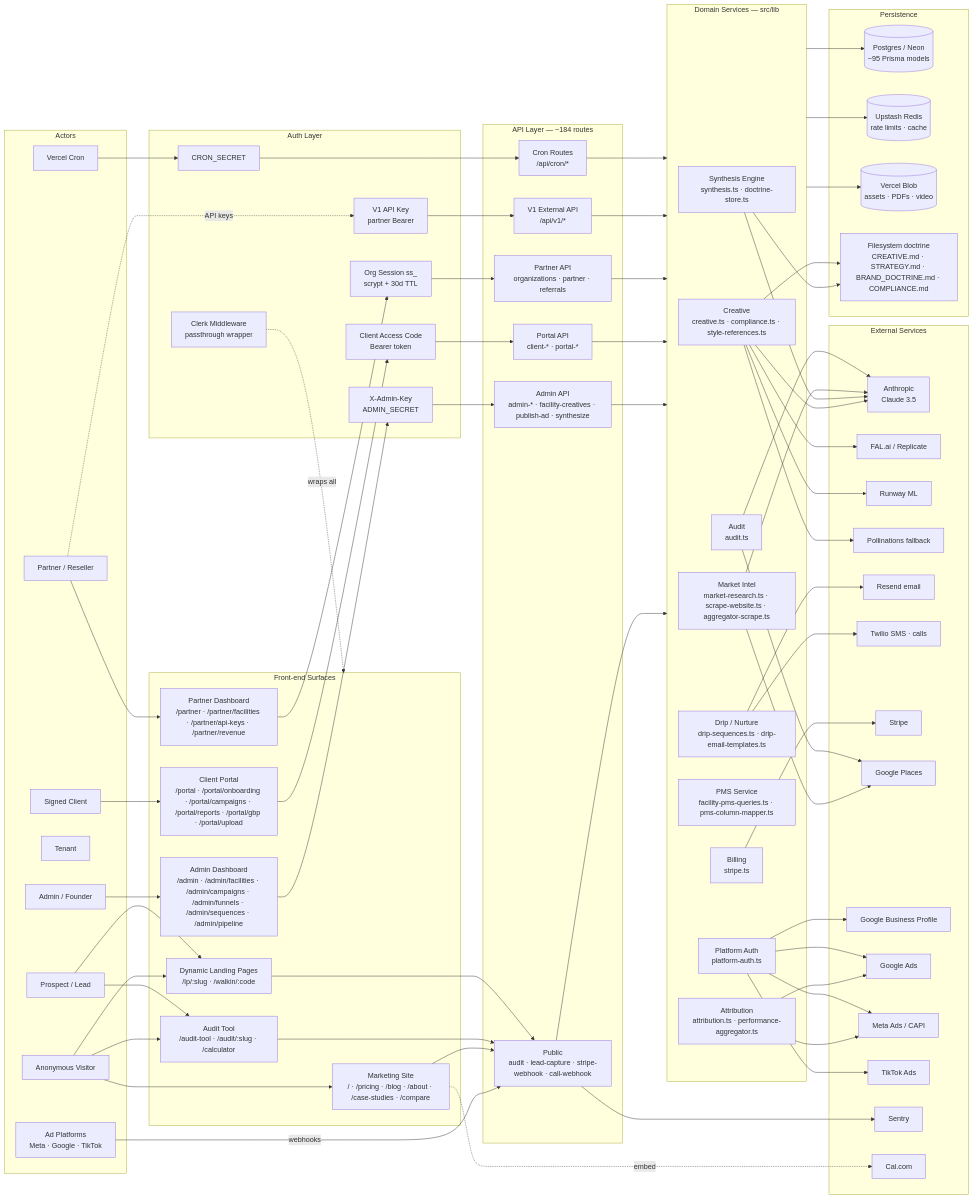
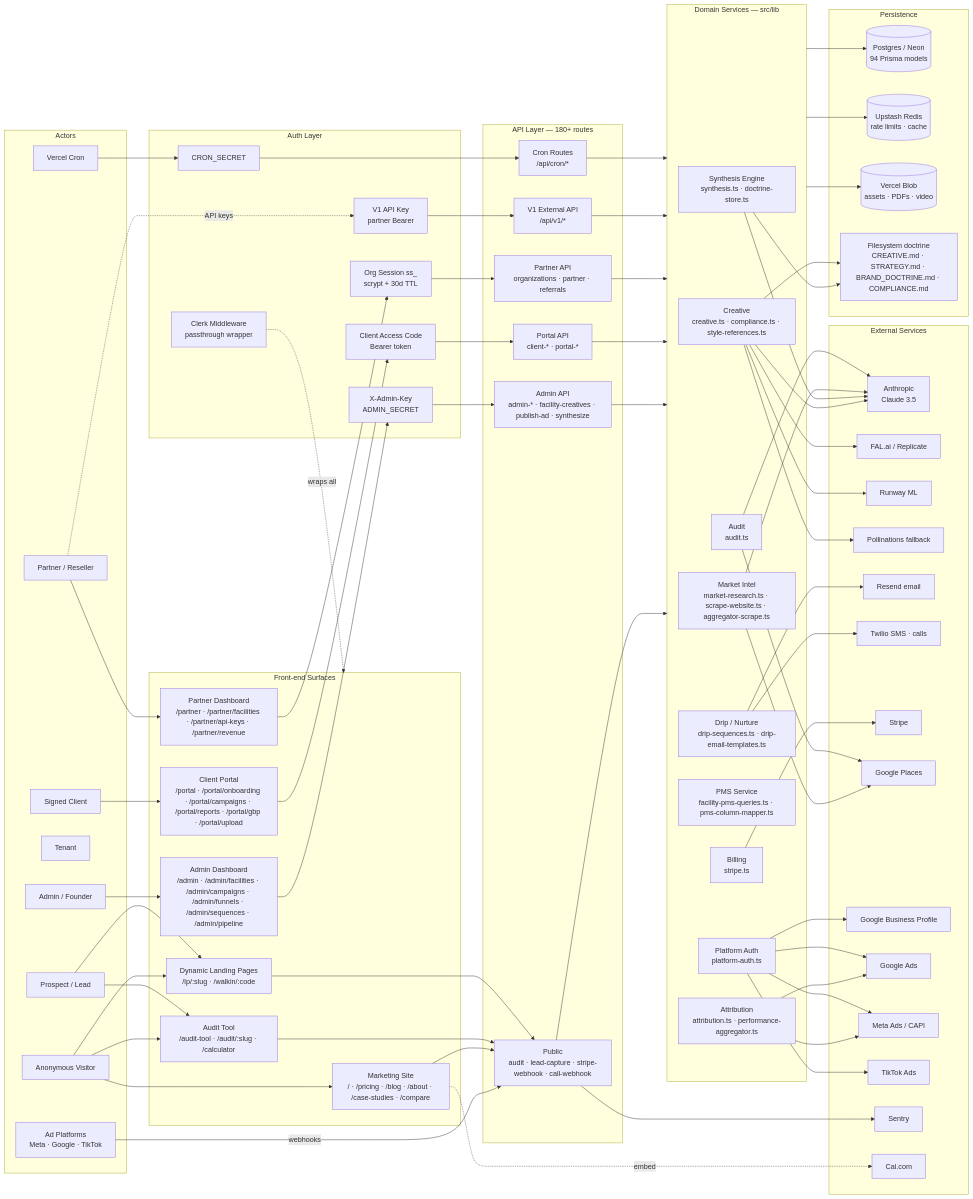
The first of 11 diagrams in docs/ARCHITECTURE_MAP.md (conceptsdeveloped/stowstack-next), drawn with Mermaid before and after one commit. The commit also changed other lines of this file and 4 other files, not shown here.

First line of the commit message:
docs(architecture): fix counts + complete the cron schedule

```diff
--- a/docs/ARCHITECTURE_MAP.md
+++ b/docs/ARCHITECTURE_MAP.md
@@ -53,7 +53,7 @@
   end
 
   %% ── API layer ──
-  subgraph api[API Layer — ~184 routes]
+  subgraph api[API Layer — 180+ routes]
     pubAPI[Public<br/>audit · lead-capture · stripe-webhook · call-webhook]
     adminAPI[Admin API<br/>admin-* · facility-creatives · publish-ad · synthesize]
     portalAPI[Portal API<br/>client-* · portal-*]
@@ -77,7 +77,7 @@
 
   %% ── Persistence ──
   subgraph data[Persistence]
-    db[(Postgres / Neon<br/>~95 Prisma models)]
+    db[(Postgres / Neon<br/>94 Prisma models)]
     redis[(Upstash Redis<br/>rate limits · cache)]
     blob[(Vercel Blob<br/>assets · PDFs · video)]
     fs[Filesystem doctrine<br/>CREATIVE.md · STRATEGY.md · BRAND_DOCTRINE.md · COMPLIANCE.md]
```
